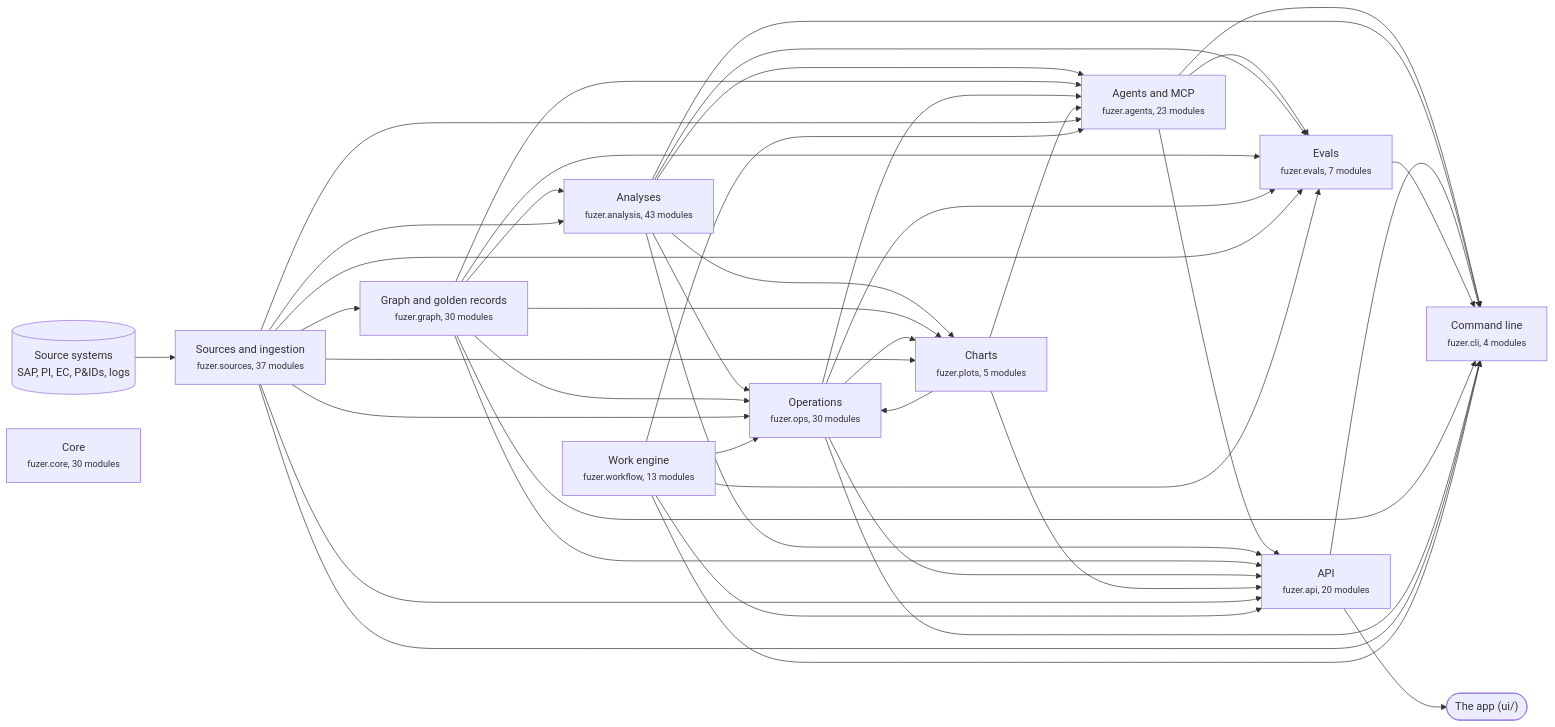
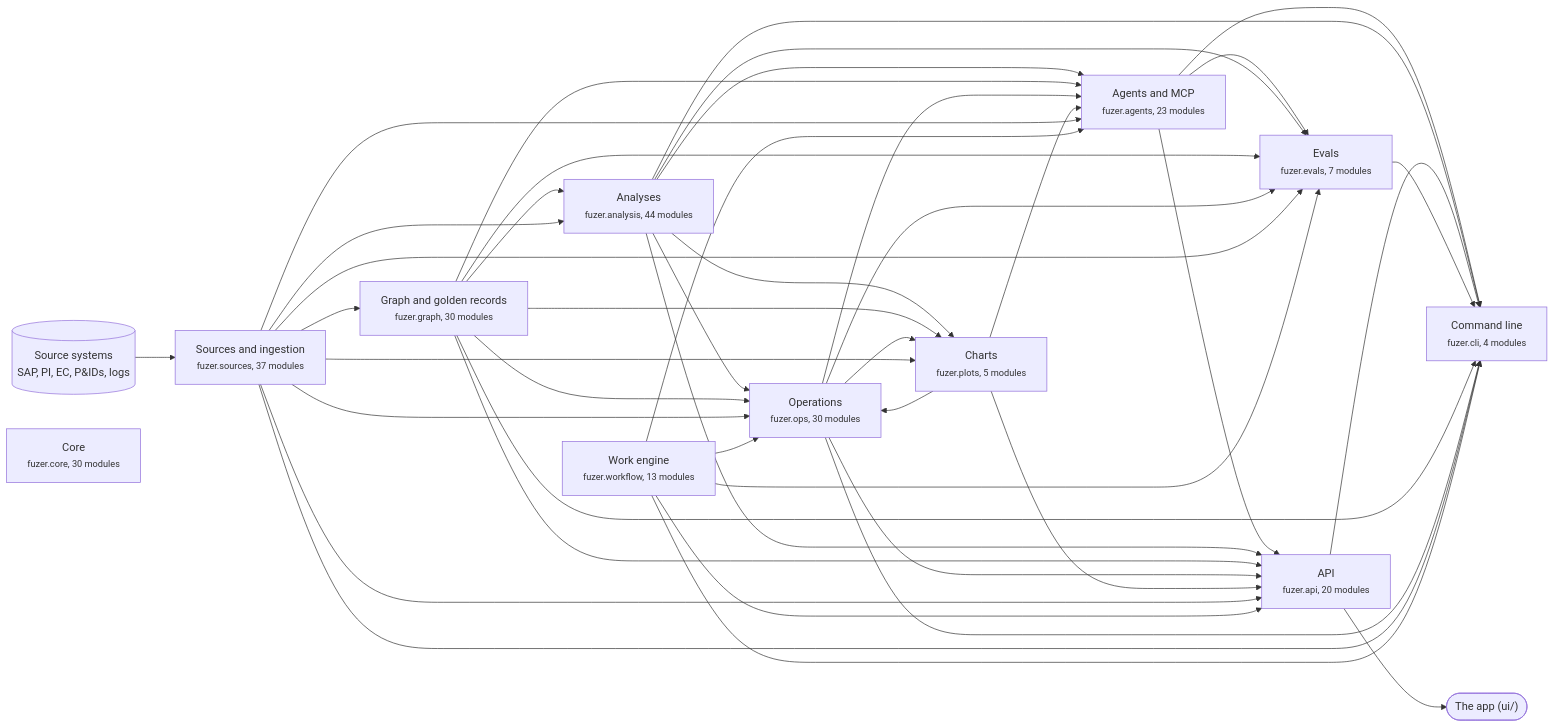
The first of 3 diagrams in docs/architecture.md (areed145/fuzer), drawn with Mermaid before and after one commit. The commit also changed other lines of this file and 11 other files, not shown here.

````diff
--- a/docs/architecture.md
+++ b/docs/architecture.md
@@ -8,67 +8,67 @@
 ```mermaid
 flowchart LR
   systems[("Source systems<br>SAP, PI, EC, P&IDs, logs")] --> c_sources
   app(["The app (ui/)"])
   c_api --> app
   c_sources["Sources and ingestion<br><small>fuzer.sources, 37 modules</small>"]
   c_graph["Graph and golden records<br><small>fuzer.graph, 30 modules</small>"]
-  c_analysis["Analyses<br><small>fuzer.analysis, 43 modules</small>"]
+  c_analysis["Analyses<br><small>fuzer.analysis, 44 modules</small>"]
   c_ops["Operations<br><small>fuzer.ops, 30 modules</small>"]
   c_plots["Charts<br><small>fuzer.plots, 5 modules</small>"]
   c_workflow["Work engine<br><small>fuzer.workflow, 13 modules</small>"]
   c_agents["Agents and MCP<br><small>fuzer.agents, 23 modules</small>"]
   c_evals["Evals<br><small>fuzer.evals, 7 modules</small>"]
   c_api["API<br><small>fuzer.api, 20 modules</small>"]
   c_cli["Command line<br><small>fuzer.cli, 4 modules</small>"]
   c_core["Core<br><small>fuzer.core, 30 modules</small>"]
   c_sources --> c_graph
   c_graph --> c_analysis
   c_sources --> c_analysis
   c_analysis --> c_ops
   c_graph --> c_ops
   c_plots --> c_ops
   c_sources --> c_ops
   c_workflow --> c_ops
   c_analysis --> c_plots
   c_graph --> c_plots
   c_ops --> c_plots
   c_sources --> c_plots
   c_analysis --> c_agents
   c_graph --> c_agents
   c_ops --> c_agents
   c_plots --> c_agents
   c_sources --> c_agents
   c_workflow --> c_agents
   c_agents --> c_evals
   c_analysis --> c_evals
   c_graph --> c_evals
   c_ops --> c_evals
   c_sources --> c_evals
   c_workflow --> c_evals
   c_agents --> c_api
   c_analysis --> c_api
   c_graph --> c_api
   c_ops --> c_api
   c_plots --> c_api
   c_sources --> c_api
   c_workflow --> c_api
   c_agents --> c_cli
   c_analysis --> c_cli
   c_api --> c_cli
   c_evals --> c_cli
   c_graph --> c_cli
   c_ops --> c_cli
   c_sources --> c_cli
   c_workflow --> c_cli
   click c_sources "https://github.com/areed145/fuzer/tree/main/src/fuzer/sources"
   click c_graph "https://github.com/areed145/fuzer/tree/main/src/fuzer/graph"
   click c_analysis "https://github.com/areed145/fuzer/tree/main/src/fuzer/analysis"
   click c_ops "https://github.com/areed145/fuzer/tree/main/src/fuzer/ops"
   click c_plots "https://github.com/areed145/fuzer/tree/main/src/fuzer/plots"
   click c_workflow "https://github.com/areed145/fuzer/tree/main/src/fuzer/workflow"
   click c_agents "https://github.com/areed145/fuzer/tree/main/src/fuzer/agents"
   click c_evals "https://github.com/areed145/fuzer/tree/main/src/fuzer/evals"
   click c_api "https://github.com/areed145/fuzer/tree/main/src/fuzer/api"
   click c_cli "https://github.com/areed145/fuzer/tree/main/src/fuzer/cli"
   click c_core "https://github.com/areed145/fuzer/tree/main/src/fuzer/core"
 ```
````
